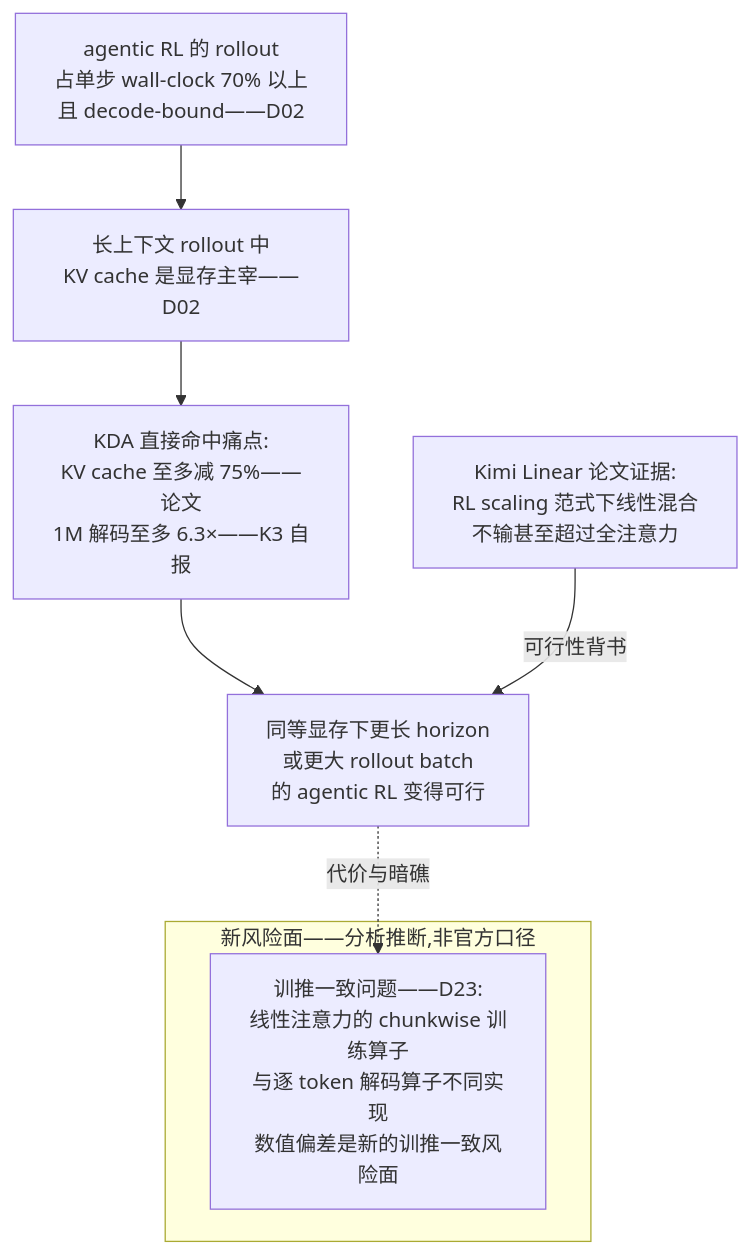
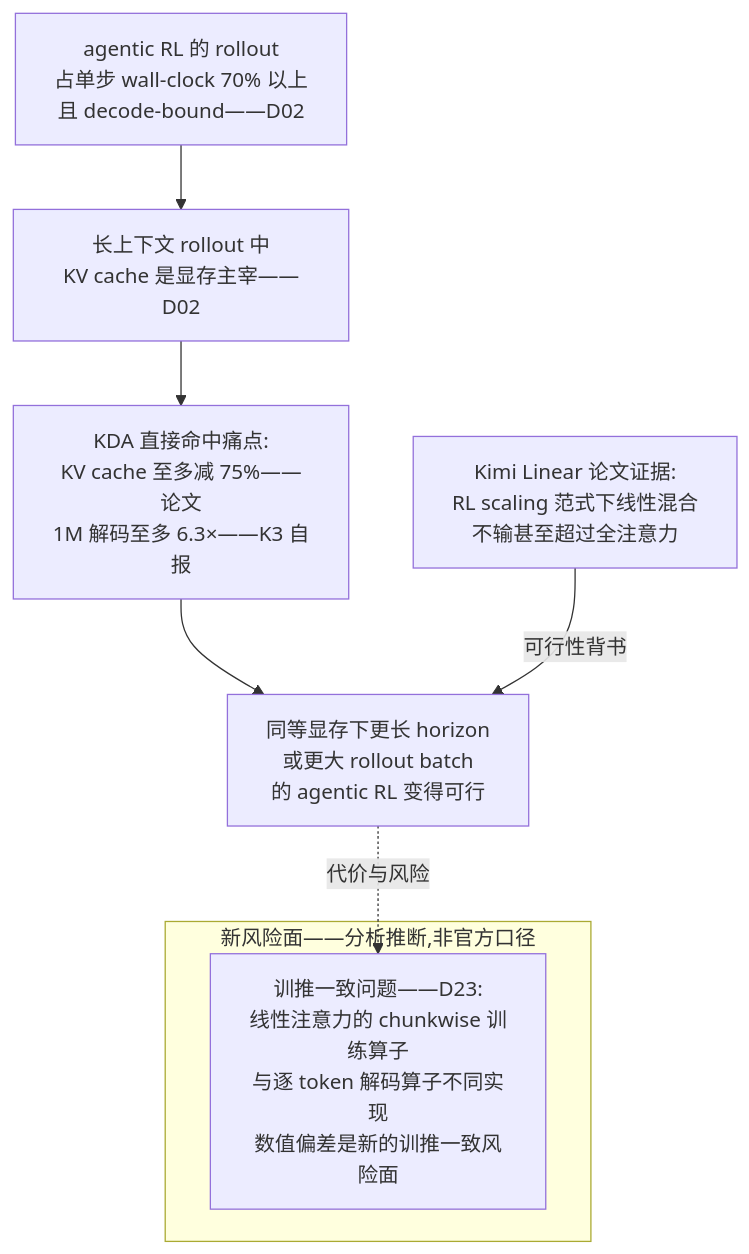
The fourth of 4 diagrams in docs/blog/dispatch-24-kimi-k3.md (lloo099/mission44), drawn with Mermaid before and after one commit. The commit also changed other lines of this file and 24 other files, not shown here.

Commit message:
全站文风统一:29 篇按'专业简洁、去口语化'标准批量修订 — 确定性替换 100 处(崩法→失稳模式/洼地→空白领域/占坑→公开工作/黑箱→未公开/datatype 动物园→谱系/押注→投入/护城河→竞争壁垒 等)+ 8 个编辑 agent 分批逐句精修(D24 单篇 38 处;两轮均遇用量上限中断后续跑完成)+ blog.json 摘要 6 处 + 综述残留 2 处. 术语全站一致化; 29 文件 mermaid 全验证 0 errors; 快照页同步重建

````diff
--- a/docs/blog/dispatch-24-kimi-k3.md
+++ b/docs/blog/dispatch-24-kimi-k3.md
@@ -149,11 +149,11 @@
 ```mermaid
 flowchart TB
     R1["agentic RL 的 rollout<br/>占单步 wall-clock 70% 以上<br/>且 decode-bound——D02"] --> R2["长上下文 rollout 中<br/>KV cache 是显存主宰——D02"]
     R2 --> R3["KDA 直接命中痛点:<br/>KV cache 至多减 75%——论文<br/>1M 解码至多 6.3×——K3 自报"]
     R3 --> R4["同等显存下更长 horizon<br/>或更大 rollout batch<br/>的 agentic RL 变得可行"]
     R5["Kimi Linear 论文证据:<br/>RL scaling 范式下线性混合<br/>不输甚至超过全注意力"] -->|"可行性背书"| R4
     subgraph RISK ["新风险面——分析推断,非官方口径"]
         X1["训推一致问题——D23:<br/>线性注意力的 chunkwise 训练算子<br/>与逐 token 解码算子不同实现<br/>数值偏差是新的训推一致风险面"]
     end
-    R4 -. "代价与暗礁" .-> X1
+    R4 -. "代价与风险" .-> X1
 ```
````
